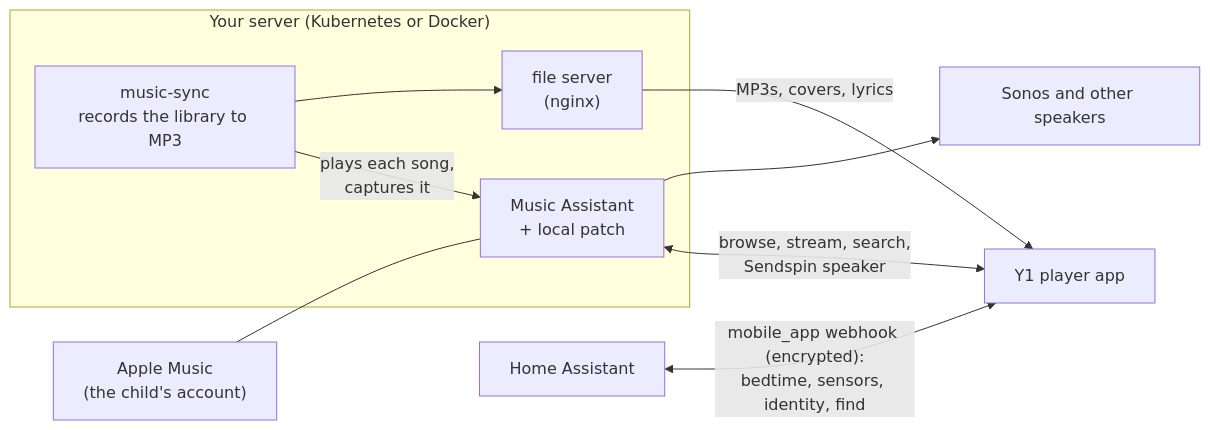
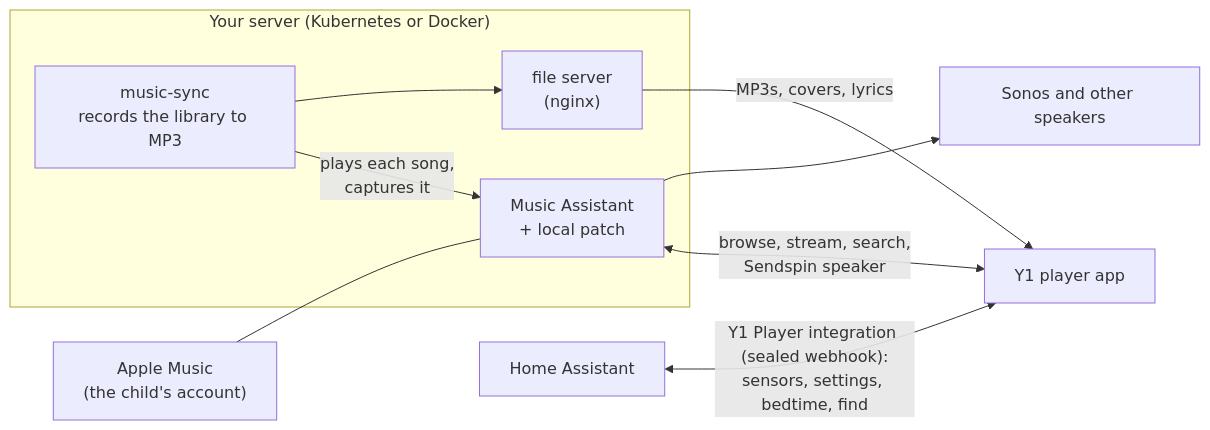
Before and after one commit to chrisns/sendspin-y1: the diagram in README.md, drawn with Mermaid. The commit also changed other lines of this file and 33 other files, not shown here.

First line of the commit message:
Y1 Player Home Assistant integration: key-pair pairing, sealed sync, every setting as an entity

````diff
--- a/README.md
+++ b/README.md
@@ -33,17 +37,17 @@
 ```mermaid
 flowchart LR
     subgraph Server["Your server (Kubernetes or Docker)"]
         MA["Music Assistant<br/>+ local patch"]
         MS["music-sync<br/>records the library to MP3"]
         FS["file server<br/>(nginx)"]
     end
     AM["Apple Music<br/>(the child's account)"] --- MA
     MS -->|"plays each song,<br/>captures it"| MA
     MS --> FS
     HA["Home Assistant"]
     Y1["Y1 player app"]
     FS -->|"MP3s, covers, lyrics"| Y1
     MA <-->|"browse, stream, search,<br/>Sendspin speaker"| Y1
-    HA <-->|"mobile_app webhook (encrypted):<br/>bedtime, sensors, identity, find"| Y1
+    HA <-->|"Y1 Player integration (sealed webhook):<br/>sensors, settings, bedtime, find"| Y1
     MA --> SP["Sonos and other speakers"]
 ```
````
